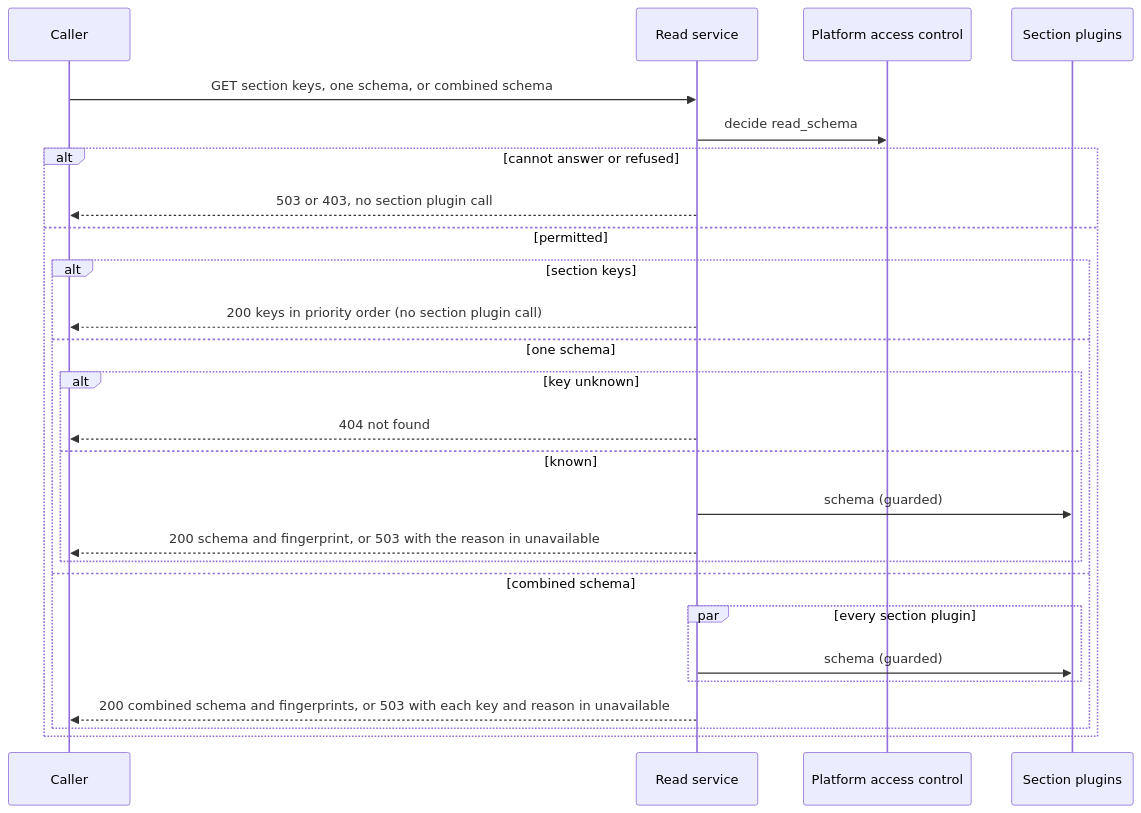
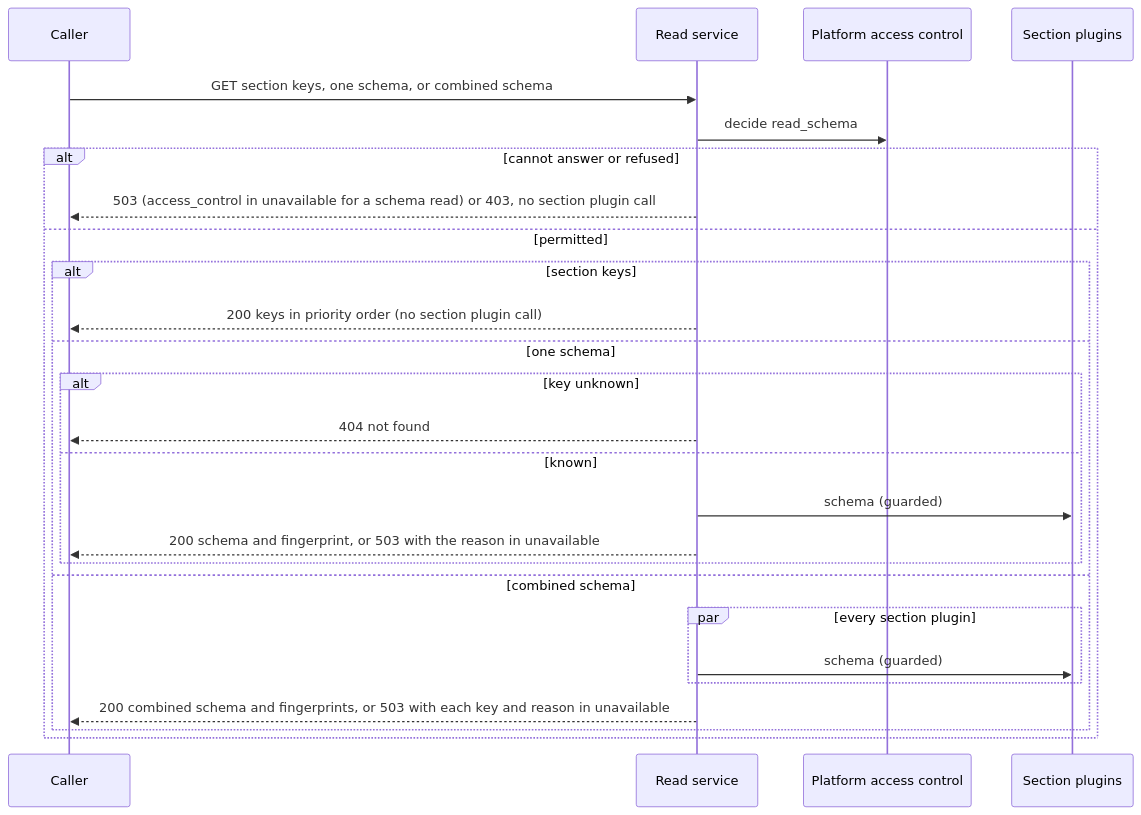
The eighth of 9 diagrams in gears/system/application-manager/docs/DESIGN.md (constructorfabric/gears-rust), drawn with Mermaid before and after one commit. The commit also changed other lines of this file and 1 other file, not shown here.

````diff
--- a/gears/system/application-manager/docs/DESIGN.md
+++ b/gears/system/application-manager/docs/DESIGN.md
@@ -1145,28 +1188,28 @@
 ```mermaid
 sequenceDiagram
     participant C as Caller
     participant RS as Read service
     participant PDP as Platform access control
     participant P as Section plugins
     C ->> RS: GET section keys, one schema, or combined schema
     RS ->> PDP: decide read_schema
     alt cannot answer or refused
-        RS -->> C: 503 or 403, no section plugin call
+        RS -->> C: 503 (access_control in unavailable for a schema read) or 403, no section plugin call
     else permitted
         alt section keys
             RS -->> C: 200 keys in priority order (no section plugin call)
         else one schema
             alt key unknown
                 RS -->> C: 404 not found
             else known
                 RS ->> P: schema (guarded)
                 RS -->> C: 200 schema and fingerprint, or 503 with the reason in unavailable
             end
         else combined schema
             par every section plugin
                 RS ->> P: schema (guarded)
             end
             RS -->> C: 200 combined schema and fingerprints, or 503 with each key and reason in unavailable
         end
     end
 ```
````
